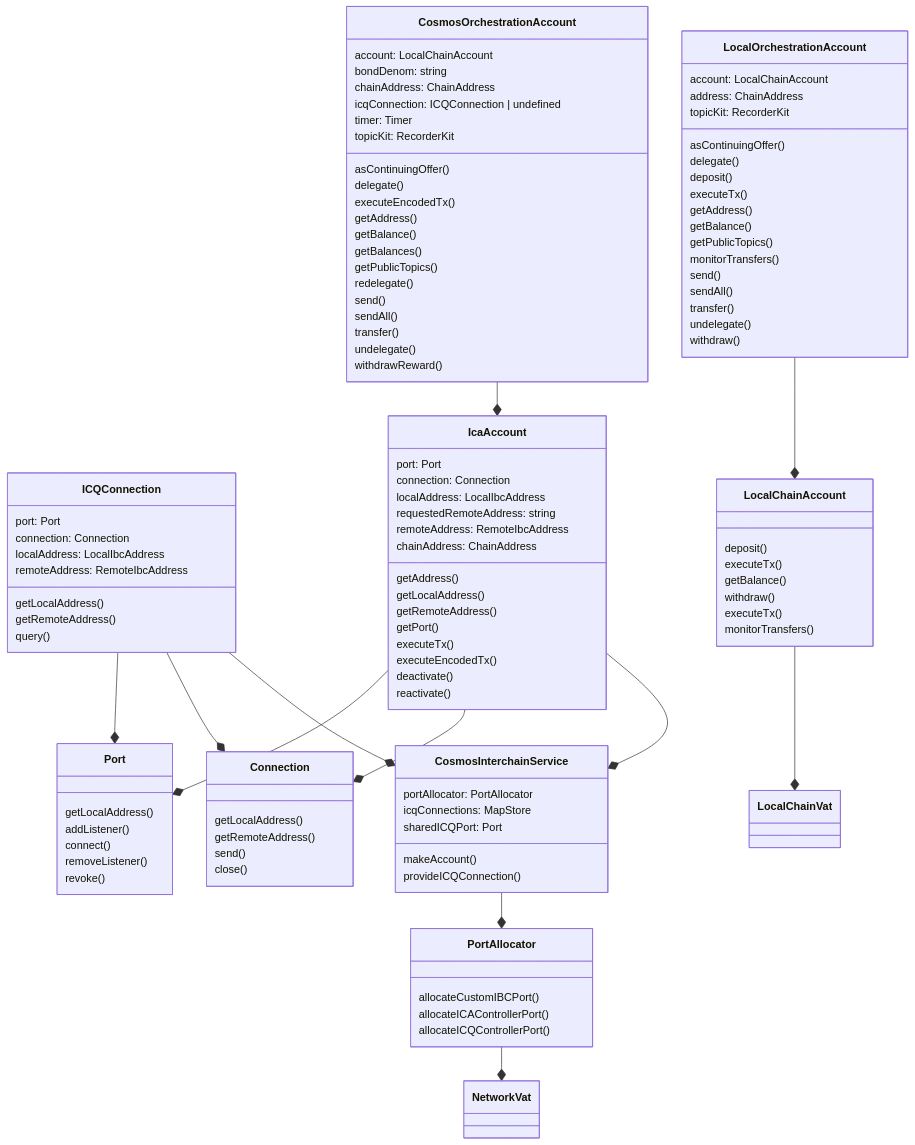
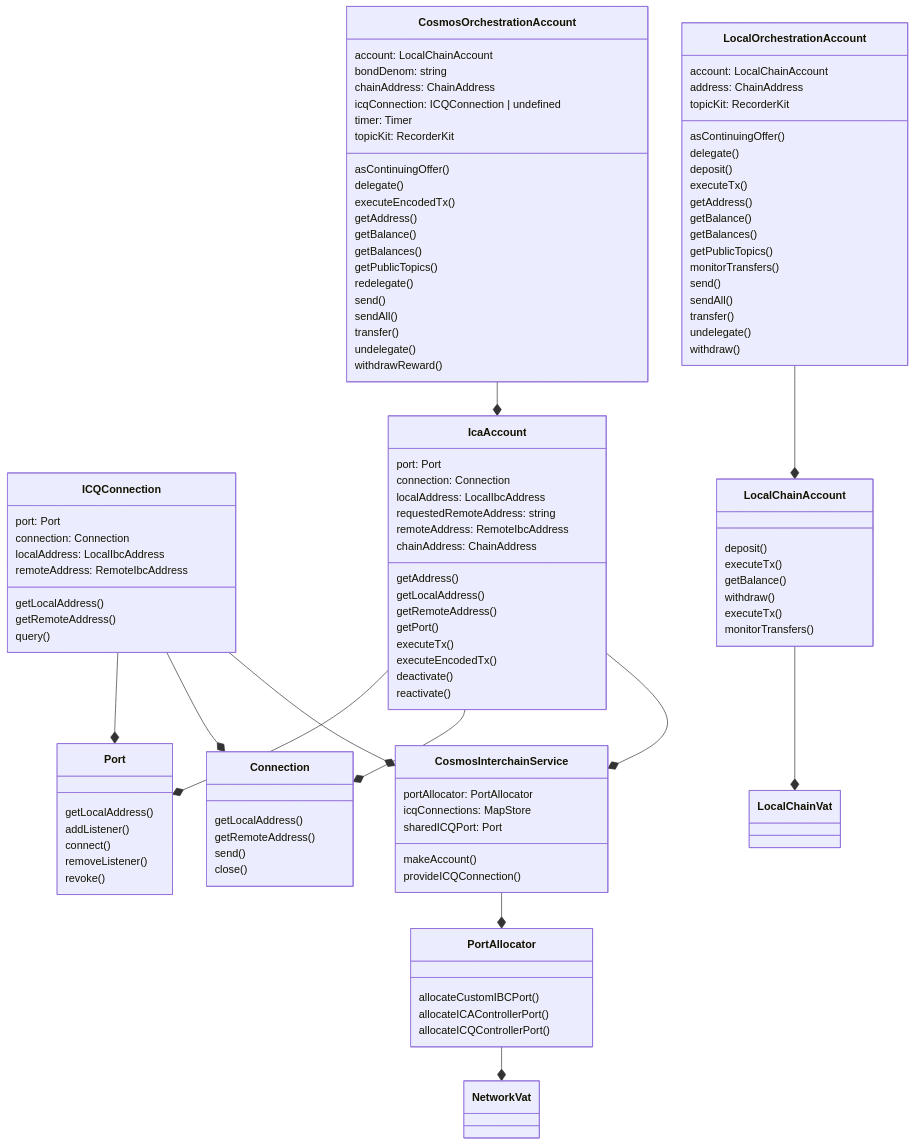
The diagram in packages/orchestration/src/exos/README.md (Agoric/agoric-sdk), drawn with Mermaid before and after one commit. The commit also changed 2 other files, not shown here.

Commit message:
feat: localOrchAccount.getBalances
- use QueryAllBalancesRequest and localchain.query to return a list of a localOrchAccount's cosmos bank balances

```diff
--- a/packages/orchestration/src/exos/README.md
+++ b/packages/orchestration/src/exos/README.md
@@ -96,6 +96,7 @@
       executeTx()
       getAddress()
       getBalance()
+      getBalances()
       getPublicTopics()
       monitorTransfers()
       send()
```
